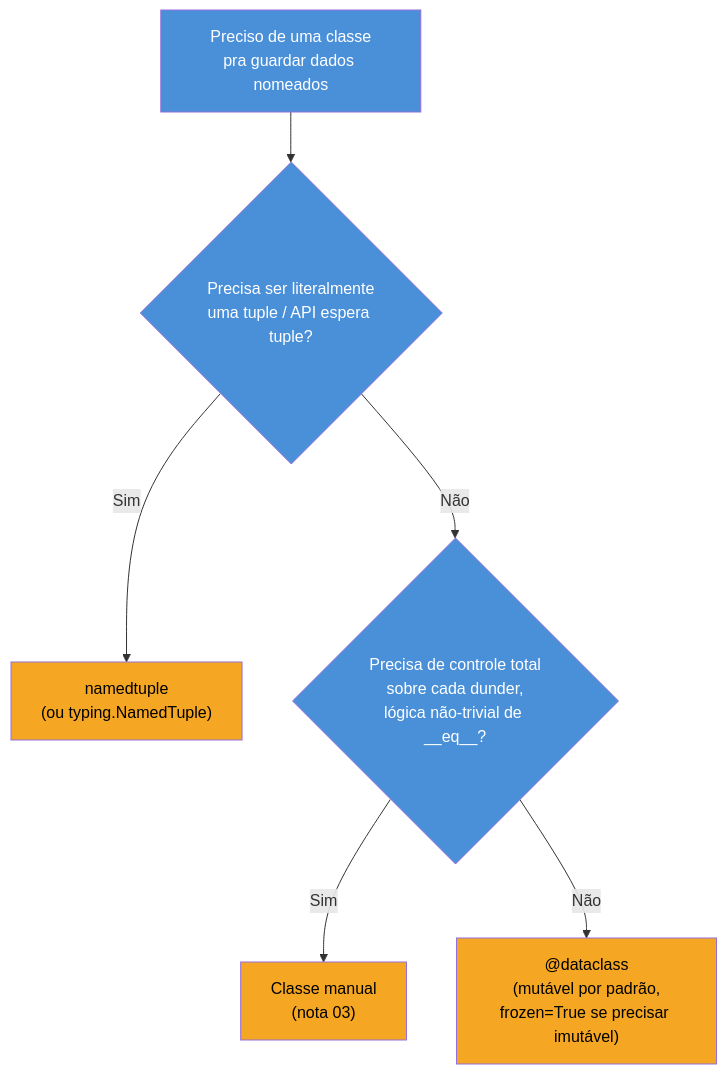
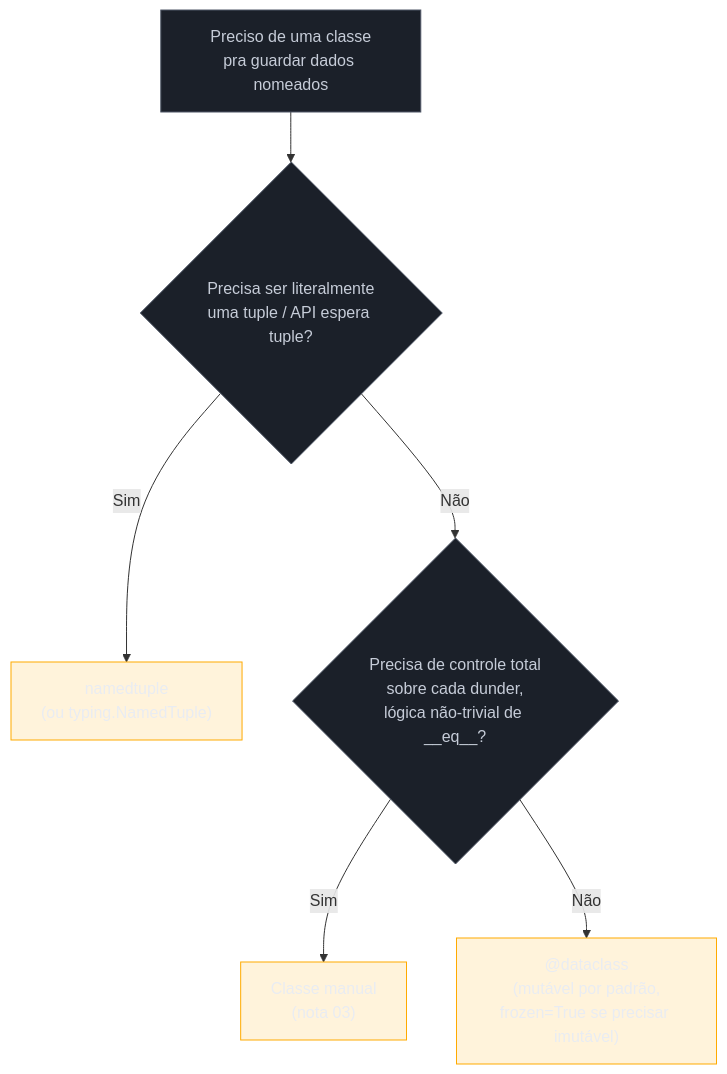
Before and after one commit to josenaldo/codex-technomanticus: the third of 3 diagrams in 03-Dominios/Tecnologia/Python/OO e Data Model/05 - Dataclasses.md, drawn with Mermaid. The commit also changed other lines of this file and 1181 other files, not shown here.

First line of the commit message:
fix(diagramas): paleta do sistema no lugar de cor cravada no markdown

````diff
--- a/03-Dominios/Tecnologia/Python/OO e Data Model/05 - Dataclasses.md
+++ b/03-Dominios/Tecnologia/Python/OO e Data Model/05 - Dataclasses.md
@@ -354,15 +359,17 @@
 ```mermaid
 flowchart TB
+    classDef neutro fill:#1B2029,stroke:#4E5666,color:#C6CCD8
+    classDef destaque fill:#FFAA0024,stroke:#FFAA00,color:#E9ECF2
     A["Preciso de uma classe\npra guardar dados nomeados"] --> B{"Precisa ser literalmente\numa tuple / API espera tuple?"}
     B -- "Sim" --> C["namedtuple\n(ou typing.NamedTuple)"]
     B -- "Não" --> D{"Precisa de controle total\nsobre cada dunder,\nlógica não-trivial de __eq__?"}
     D -- "Sim" --> E["Classe manual\n(nota 03)"]
     D -- "Não" --> F["@dataclass\n(mutável por padrão,\nfrozen=True se precisar imutável)"]
 
-    style A fill:#4A90D9,color:#fff
-    style B fill:#4A90D9,color:#fff
-    style C fill:#F5A623,color:#000
-    style D fill:#4A90D9,color:#fff
-    style E fill:#F5A623,color:#000
-    style F fill:#F5A623,color:#000
+    class A neutro
+    class B neutro
+    class C destaque
+    class D neutro
+    class E destaque
+    class F destaque
 ```
````
